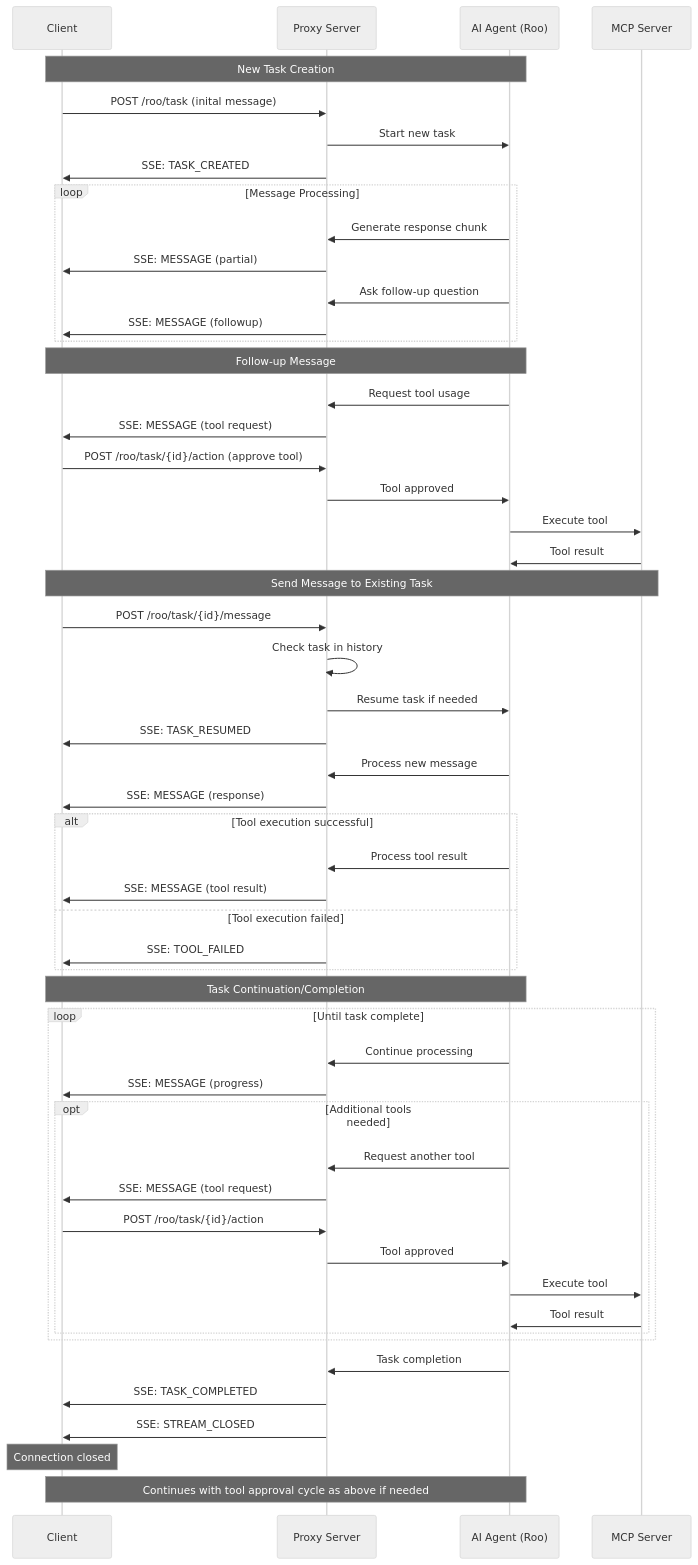
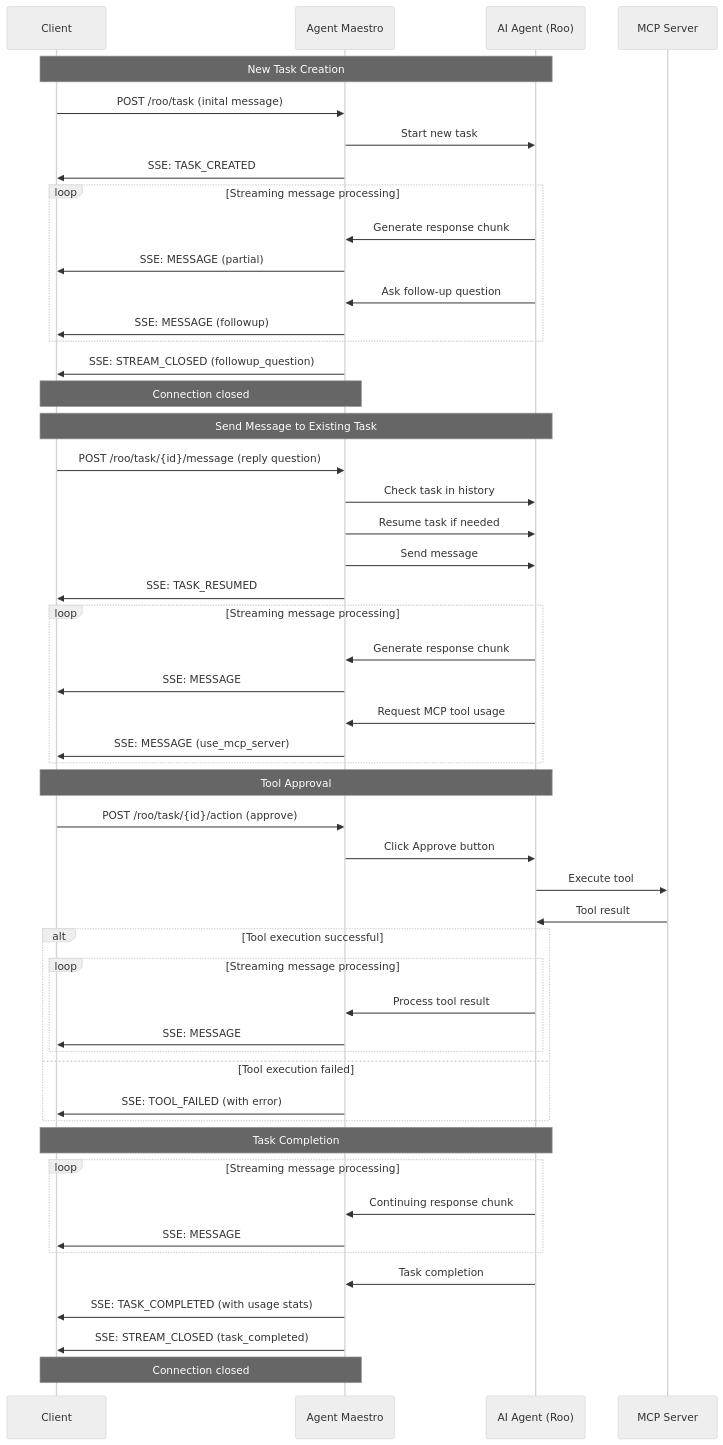
One commit to Joouis/cline-maestro changed the diagram in docs/demo-workflow.mermaid. Above: the diagram before and after it, drawn with Mermaid (neutral theme). The commit also changed 1 other file, not shown here.

Commit message:
Update demo workflow chart

```diff
--- a/docs/demo-workflow.mermaid
+++ b/docs/demo-workflow.mermaid
@@ -1,67 +1,57 @@
 sequenceDiagram
     participant Client
-    participant ProxyServer as Proxy Server
+    participant Maestro as Agent Maestro
     participant AIAgent as AI Agent (Roo)
     participant MCPServer as MCP Server
 
     Note over Client,AIAgent: New Task Creation
+    Client->>Maestro: POST /roo/task (inital message)
+    Maestro->>AIAgent: Start new task
+    Maestro->>Client: SSE: TASK_CREATED
+    loop Streaming message processing
+        AIAgent->>Maestro: Generate response chunk
+        Maestro->>Client: SSE: MESSAGE (partial)
 
-    Client->>ProxyServer: POST /roo/task (inital message)
-    ProxyServer->>AIAgent: Start new task
-    ProxyServer->>Client: SSE: TASK_CREATED
+        AIAgent->>Maestro: Ask follow-up question
+        Maestro->>Client: SSE: MESSAGE (followup)
+    end
+    Maestro->>Client: SSE: STREAM_CLOSED (followup_question)
+    Note over Client,Maestro: Connection closed
 
-    loop Message Processing
-        AIAgent->>ProxyServer: Generate response chunk
-        ProxyServer->>Client: SSE: MESSAGE (partial)
+    Note over Client,AIAgent: Send Message to Existing Task
+    Client->>Maestro: POST /roo/task/{id}/message (reply question)
+    Maestro->>AIAgent: Check task in history
+    Maestro->>AIAgent: Resume task if needed
+    Maestro->>AIAgent: Send message
+    Maestro->>Client: SSE: TASK_RESUMED
+    loop Streaming message processing
+        AIAgent->>Maestro: Generate response chunk
+        Maestro->>Client: SSE: MESSAGE
 
-        AIAgent->>ProxyServer: Ask follow-up question
-        ProxyServer->>Client: SSE: MESSAGE (followup)
+        AIAgent->>Maestro: Request MCP tool usage
+        Maestro->>Client: SSE: MESSAGE (use_mcp_server)
     end
 
-    Note over Client,AIAgent: Follow-up Message
-    
-    AIAgent->>ProxyServer: Request tool usage
-    ProxyServer->>Client: SSE: MESSAGE (tool request)
-    Client->>ProxyServer: POST /roo/task/{id}/action (approve tool)
-    ProxyServer->>AIAgent: Tool approved
+    Note over Client,AIAgent: Tool Approval
+    Client->>Maestro: POST /roo/task/{id}/action (approve)
+    Maestro->>AIAgent: Click Approve button
     AIAgent->>MCPServer: Execute tool
     MCPServer->>AIAgent: Tool result
+    alt Tool execution successful
+        loop Streaming message processing
+            AIAgent->>Maestro: Process tool result
+            Maestro->>Client: SSE: MESSAGE
+        end
+    else Tool execution failed
+        Maestro->>Client: SSE: TOOL_FAILED (with error)
+    end
 
-    Note over Client,MCPServer: Send Message to Existing Task
-    
-    Client->>ProxyServer: POST /roo/task/{id}/message
-    ProxyServer->>ProxyServer: Check task in history
-    ProxyServer->>AIAgent: Resume task if needed
-    ProxyServer->>Client: SSE: TASK_RESUMED
-    AIAgent->>ProxyServer: Process new message
-    ProxyServer->>Client: SSE: MESSAGE (response)
-    
-    alt Tool execution successful
-        AIAgent->>ProxyServer: Process tool result
-        ProxyServer->>Client: SSE: MESSAGE (tool result)
-    else Tool execution failed
-        ProxyServer->>Client: SSE: TOOL_FAILED
+    Note over Client,AIAgent: Task Completion
+    loop Streaming message processing
+        AIAgent->>Maestro: Continuing response chunk
+        Maestro->>Client: SSE: MESSAGE
     end
-    
-    Note over Client,AIAgent: Task Continuation/Completion
-    
-    loop Until task complete
-        AIAgent->>ProxyServer: Continue processing
-        ProxyServer->>Client: SSE: MESSAGE (progress)
-        
-        opt Additional tools needed
-            AIAgent->>ProxyServer: Request another tool
-            ProxyServer->>Client: SSE: MESSAGE (tool request)
-            Client->>ProxyServer: POST /roo/task/{id}/action
-            ProxyServer->>AIAgent: Tool approved
-            AIAgent->>MCPServer: Execute tool
-            MCPServer->>AIAgent: Tool result
-        end
-    end
-    
-    AIAgent->>ProxyServer: Task completion
-    ProxyServer->>Client: SSE: TASK_COMPLETED
-    ProxyServer->>Client: SSE: STREAM_CLOSED
-    Note over Client: Connection closed
-    
-    Note over Client,AIAgent: Continues with tool approval cycle as above if needed
+    AIAgent->>Maestro: Task completion
+    Maestro->>Client: SSE: TASK_COMPLETED (with usage stats)
+    Maestro->>Client: SSE: STREAM_CLOSED (task_completed)
+    Note over Client,Maestro: Connection closed
```
